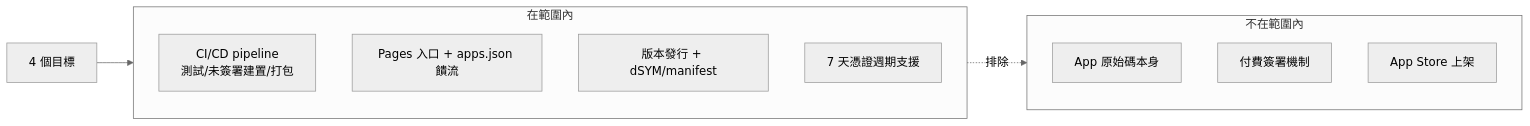
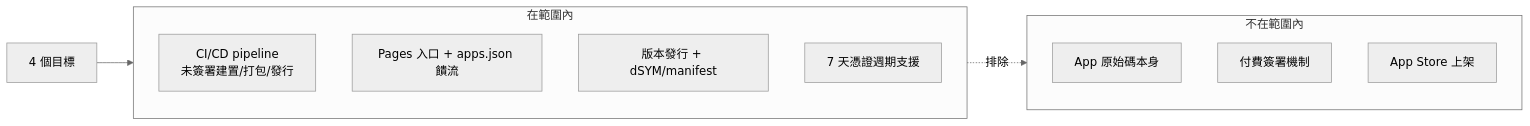
The diagram in docbase/charter.md (Mcc-Mak/ios-app), drawn with Mermaid (neutral theme) before and after one commit. The commit also changed other lines of this file and 37 other files, not shown here.

````diff
--- a/docbase/charter.md
+++ b/docbase/charter.md
@@ -7,16 +7,16 @@
 ```mermaid
 flowchart LR
   subgraph 範圍["在範圍內"]
-    ci["CI/CD pipeline<br/>測試/未簽署建置/打包"]
+    ci["CI/CD pipeline<br/>未簽署建置/打包/發行"]
     pages["Pages 入口 + apps.json 饋流"]
     rel["版本發行 + dSYM/manifest"]
     refresh["7 天憑證週期支援"]
   end
   subgraph 不在範圍["不在範圍內"]
     appsrc["App 原始碼本身"]
     paid["付費簽署機制"]
     appstore["App Store 上架"]
   end
   目標["4 個目標"] --> 範圍
   範圍 -.排除.-> 不在範圍
 ```
````
